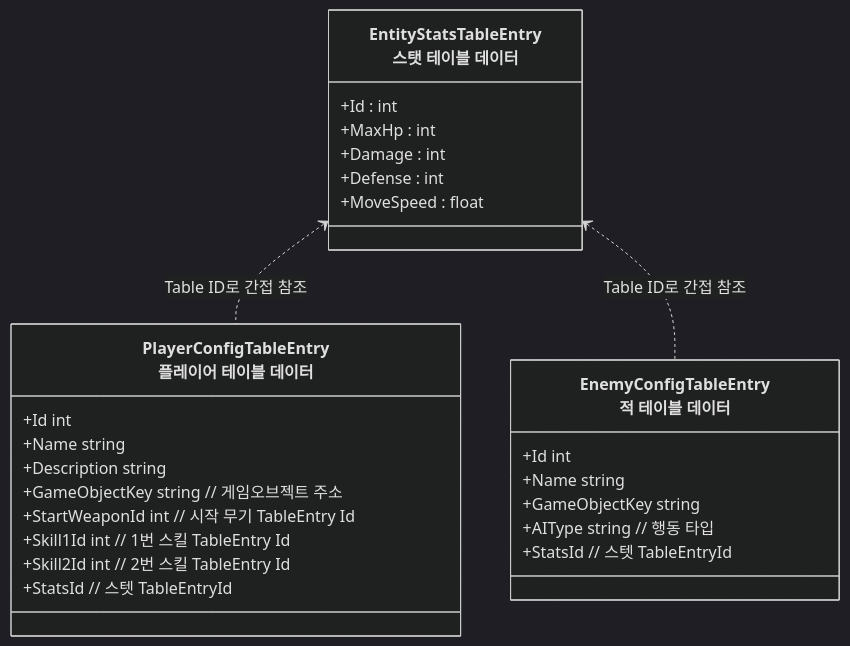
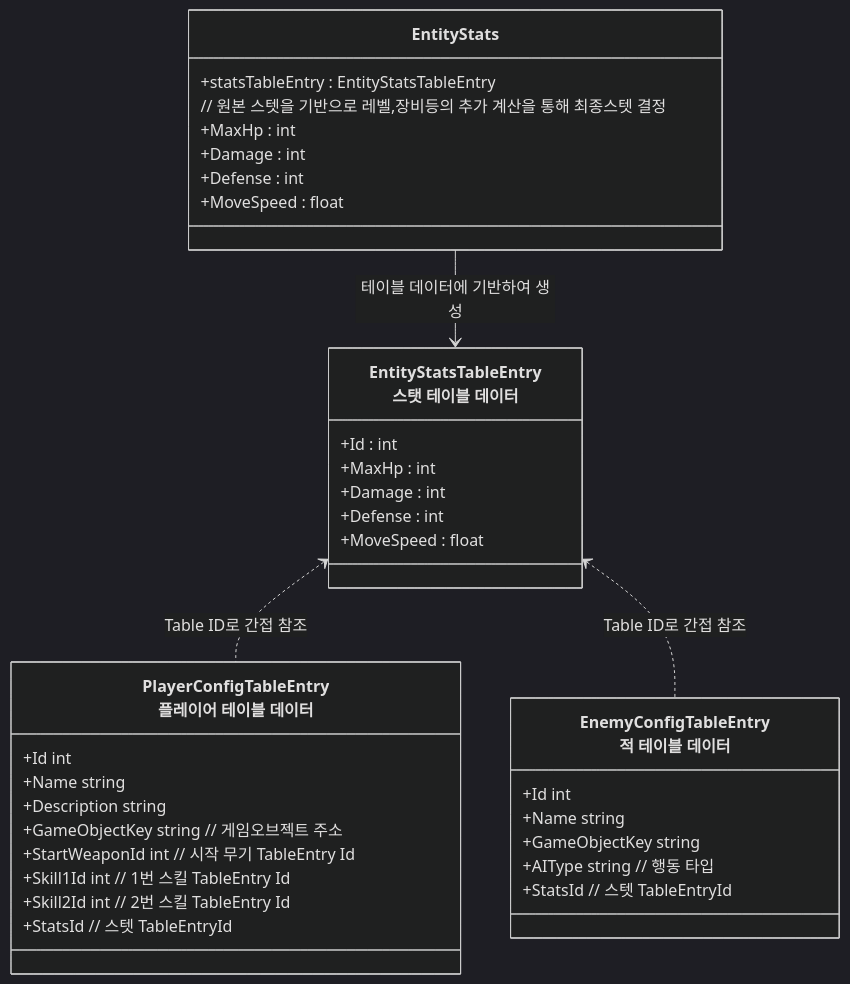
One commit to JIN5EOK/DungeonShooter changed the sixth of 6 diagrams in README/Entity_설계.md. Above: the diagram before and after it, drawn with Mermaid (dark theme). The commit also changed other lines of this file, not shown here.

Commit message:
docs: Entity 스탯 설계 추가 작성

````diff
--- a/README/Entity_설계.md
+++ b/README/Entity_설계.md
@@ -88,32 +81,42 @@
 ```mermaid
 classDiagram
+    
+    class EntityStats{
+        +statsTableEntry : EntityStatsTableEntry
+        // 원본 스텟을 기반으로 레벨,장비등의 추가 계산을 통해 최종스텟 결정
+        +MaxHp : int
+        +Damage : int
+        +Defense : int
+        +MoveSpeed : float
+    }
     class EntityStatsTableEntry["EntityStatsTableEntry<br>스탯 테이블 데이터"]{
         +Id : int
         +MaxHp : int
         +Damage : int
         +Defense : int
         +MoveSpeed : float
     }
 
     class PlayerConfigTableEntry["PlayerConfigTableEntry<br>플레이어 테이블 데이터"]{
         +Id int
         +Name string
         +Description string
         +GameObjectKey string // 게임오브젝트 주소
         +StartWeaponId int // 시작 무기 TableEntry Id
         +Skill1Id int // 1번 스킬 TableEntry Id
         +Skill2Id int // 2번 스킬 TableEntry Id
         +StatsId // 스텟 TableEntryId
     }
     
     class EnemyConfigTableEntry["EnemyConfigTableEntry<br>적 테이블 데이터"]{
         +Id int
         +Name string
         +GameObjectKey string
         +AIType string // 행동 타입
         +StatsId // 스텟 TableEntryId
     }
 
+    EntityStats --> EntityStatsTableEntry  : 테이블 데이터에 기반하여 생성
     EntityStatsTableEntry <.. PlayerConfigTableEntry : Table ID로 간접 참조
     EntityStatsTableEntry <.. EnemyConfigTableEntry : Table ID로 간접 참조
 ```
````
